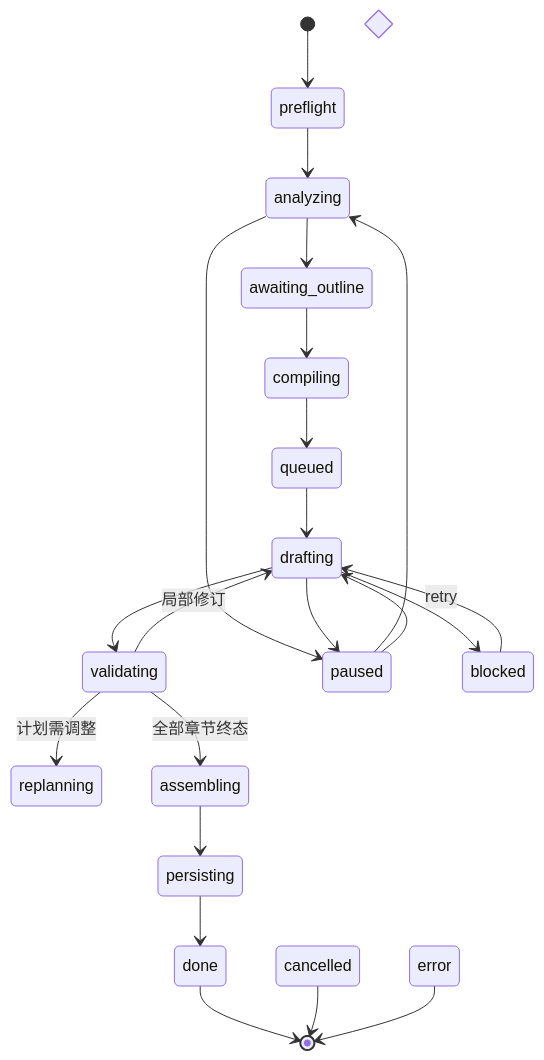
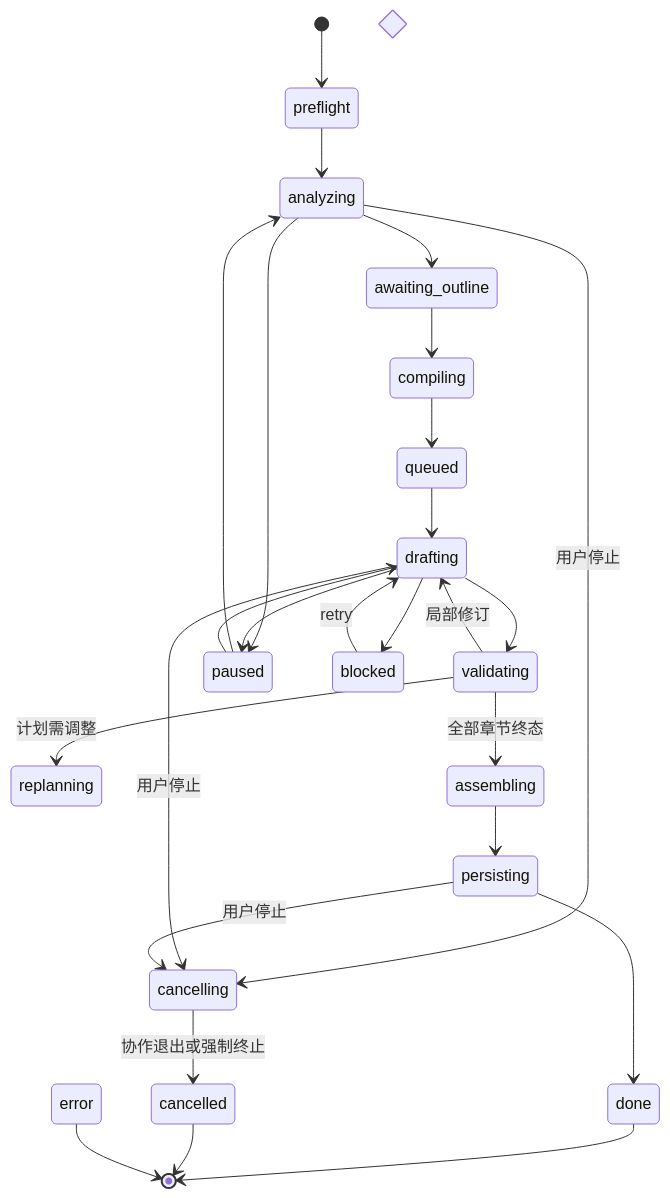
One commit to tushanmiao/Mnemora changed the fifth of 8 diagrams in md/Summary/05-数据库.md. Above: the diagram before and after it, drawn with Mermaid. The commit also changed other lines of this file and 23 other files, not shown here.

````diff
--- a/md/Summary/05-数据库.md
+++ b/md/Summary/05-数据库.md
@@ -259,25 +259,29 @@
 ```mermaid
 stateDiagram-v2
     [*] --> preflight
     preflight --> analyzing
     analyzing --> awaiting_outline
     awaiting_outline --> compiling
     compiling --> queued
     queued --> drafting
     drafting --> validating
     validating --> drafting: 局部修订
     validating --> replanning: 计划需调整
     validating --> assembling: 全部章节终态
     assembling --> persisting
     persisting --> done
+    analyzing --> cancelling: 用户停止
+    drafting --> cancelling: 用户停止
+    persisting --> cancelling: 用户停止
+    cancelling --> cancelled: 协作退出或强制终止
     analyzing --> paused
     drafting --> paused
     paused --> analyzing
     paused --> drafting
     drafting --> blocked
     blocked --> drafting: retry
     state terminal <<choice>>
     done --> [*]
     cancelled --> [*]
     error --> [*]
 ```
````
